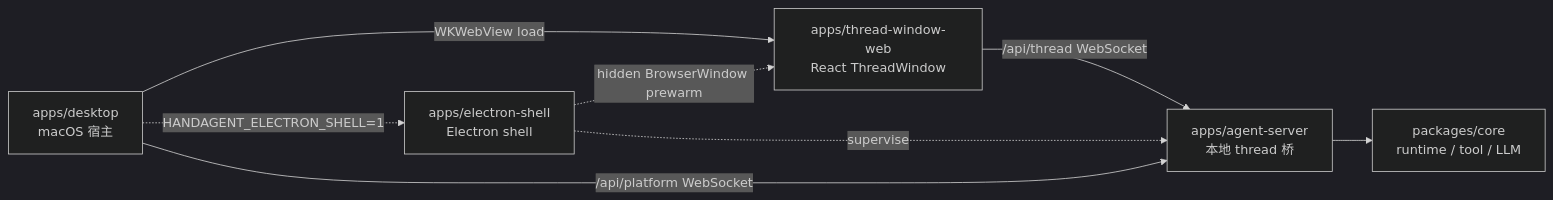
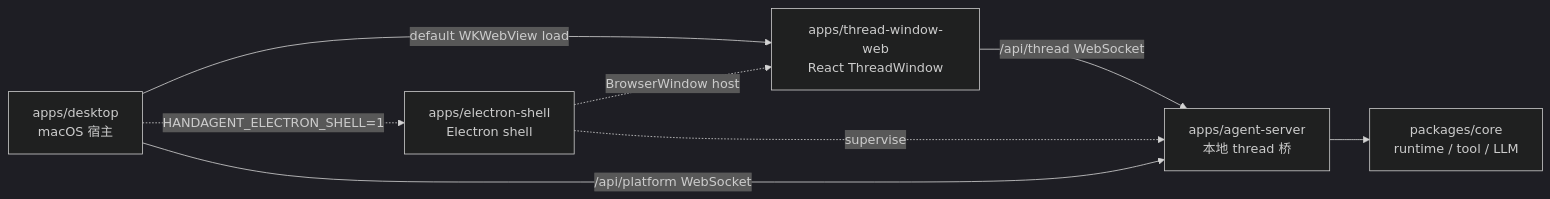
The diagram in apps/apps.md (Lixuhang987/SpotAgent), drawn with Mermaid (dark theme) before and after one commit. The commit also changed other lines of this file and 8 other files, not shown here.

Commit message:
docs: update electron thread window phase one

````diff
--- a/apps/apps.md
+++ b/apps/apps.md
@@ -16,10 +16,10 @@
 ```mermaid
 flowchart LR
-  A[apps/desktop<br/>macOS 宿主] -->|WKWebView load| W[apps/thread-window-web<br/>React ThreadWindow]
+  A[apps/desktop<br/>macOS 宿主] -->|default WKWebView load| W[apps/thread-window-web<br/>React ThreadWindow]
   A -. HANDAGENT_ELECTRON_SHELL=1 .-> E[apps/electron-shell<br/>Electron shell]
-  E -. hidden BrowserWindow prewarm .-> W
+  E -. BrowserWindow host .-> W
   E -. supervise .-> B
   W -->|/api/thread WebSocket| B[apps/agent-server<br/>本地 thread 桥]
   A -->|/api/platform WebSocket| B
   B --> C[packages/core<br/>runtime / tool / LLM]
 ```
````
